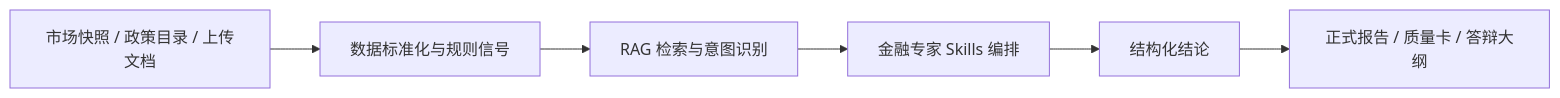
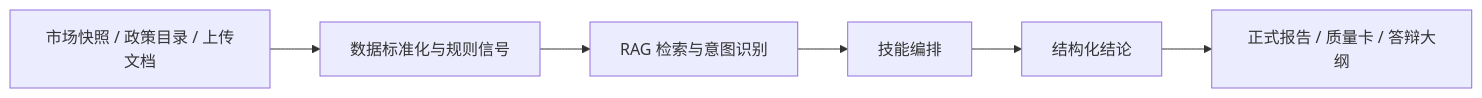
One commit to ShenXiexs/ETF-Monitoring-Agent changed the diagram in README.md. Above: the diagram before and after it, drawn with Mermaid. The commit also changed other lines of this file, not shown here.

````diff
--- a/README.md
+++ b/README.md
@@ -77,8 +77,8 @@
 ```mermaid
 flowchart LR
     A[市场快照 / 政策目录 / 上传文档] --> B[数据标准化与规则信号]
     B --> C[RAG 检索与意图识别]
-    C --> D[金融专家 Skills 编排]
+    C --> D[技能编排]
     D --> E[结构化结论]
     E --> F[正式报告 / 质量卡 / 答辩大纲]
 ```
````
